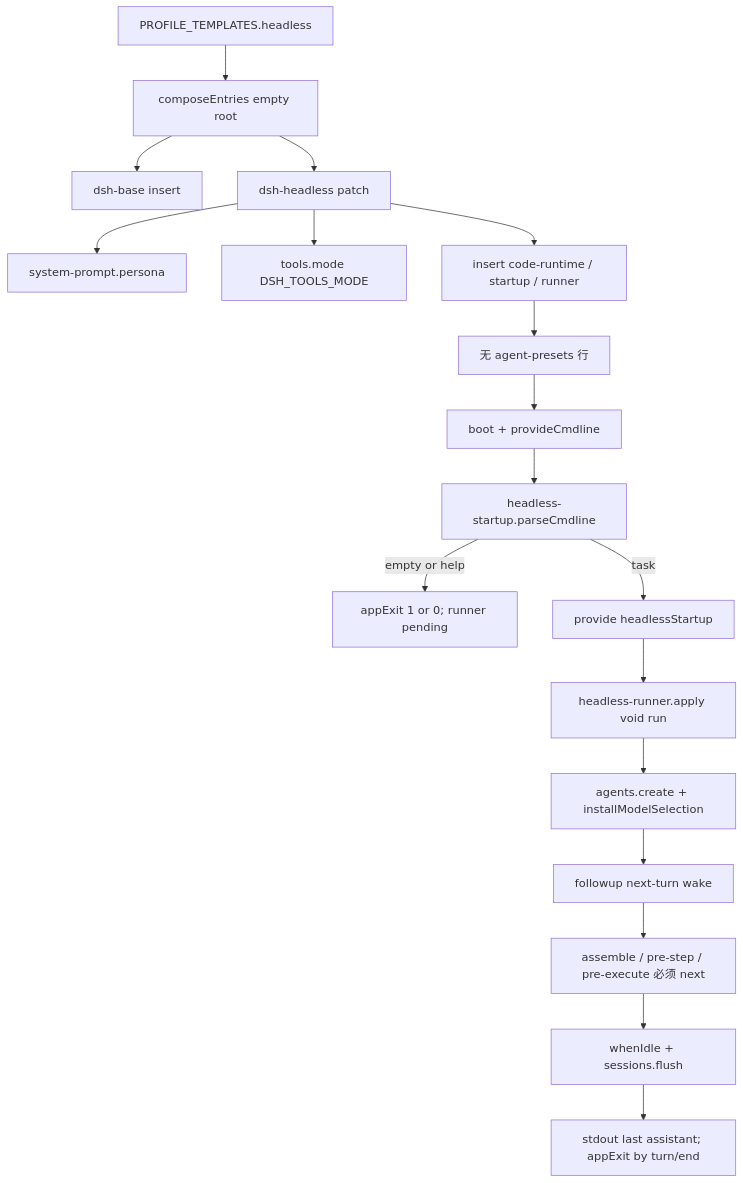
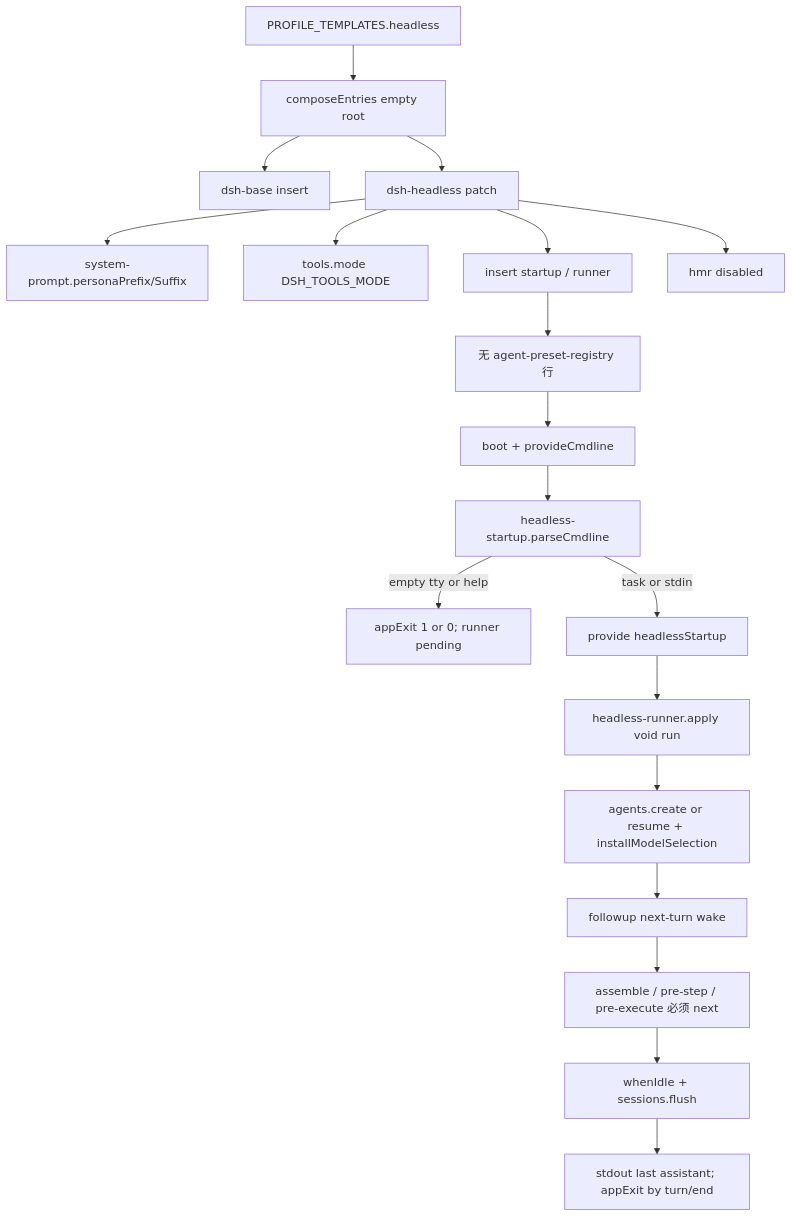
One commit to wdnmdtonyma/SOTA-Agent-LLM-Wiki changed the diagram in docs/llm-wiki/deepseek-harness/subsystems/composition/bundle-headless.md. Above: the diagram before and after it, drawn with Mermaid. The commit also changed other lines of this file and 237 other files, not shown here.

````diff
--- a/docs/llm-wiki/deepseek-harness/subsystems/composition/bundle-headless.md
+++ b/docs/llm-wiki/deepseek-harness/subsystems/composition/bundle-headless.md
@@ -119,20 +121,21 @@
 ```mermaid
 flowchart TD
   tmpl["PROFILE_TEMPLATES.headless"] --> compose["composeEntries empty root"]
   compose --> base["dsh-base insert"]
   compose --> overlay["dsh-headless patch"]
-  overlay --> persona["system-prompt.persona"]
+  overlay --> persona["system-prompt.personaPrefix/Suffix"]
   overlay --> toolsMode["tools.mode DSH_TOOLS_MODE"]
-  overlay --> insert3["insert code-runtime / startup / runner"]
-  insert3 --> noRoster["无 agent-presets 行"]
+  overlay --> insert2["insert startup / runner"]
+  overlay --> hmrOff["hmr disabled"]
+  insert2 --> noRoster["无 agent-preset-registry 行"]
   noRoster --> boot["boot + provideCmdline"]
   boot --> startup["headless-startup.parseCmdline"]
-  startup -->|empty or help| early["appExit 1 or 0; runner pending"]
-  startup -->|task| provide["provide headlessStartup"]
+  startup -->|empty tty or help| early["appExit 1 or 0; runner pending"]
+  startup -->|task or stdin| provide["provide headlessStartup"]
   provide --> runner["headless-runner.apply void run"]
-  runner --> create["agents.create + installModelSelection"]
+  runner --> create["agents.create or resume + installModelSelection"]
   create --> followup["followup next-turn wake"]
   followup --> waterfalls["assemble / pre-step / pre-execute 必须 next"]
   waterfalls --> idle["whenIdle + sessions.flush"]
   idle --> exit["stdout last assistant; appExit by turn/end"]
 ```
````
